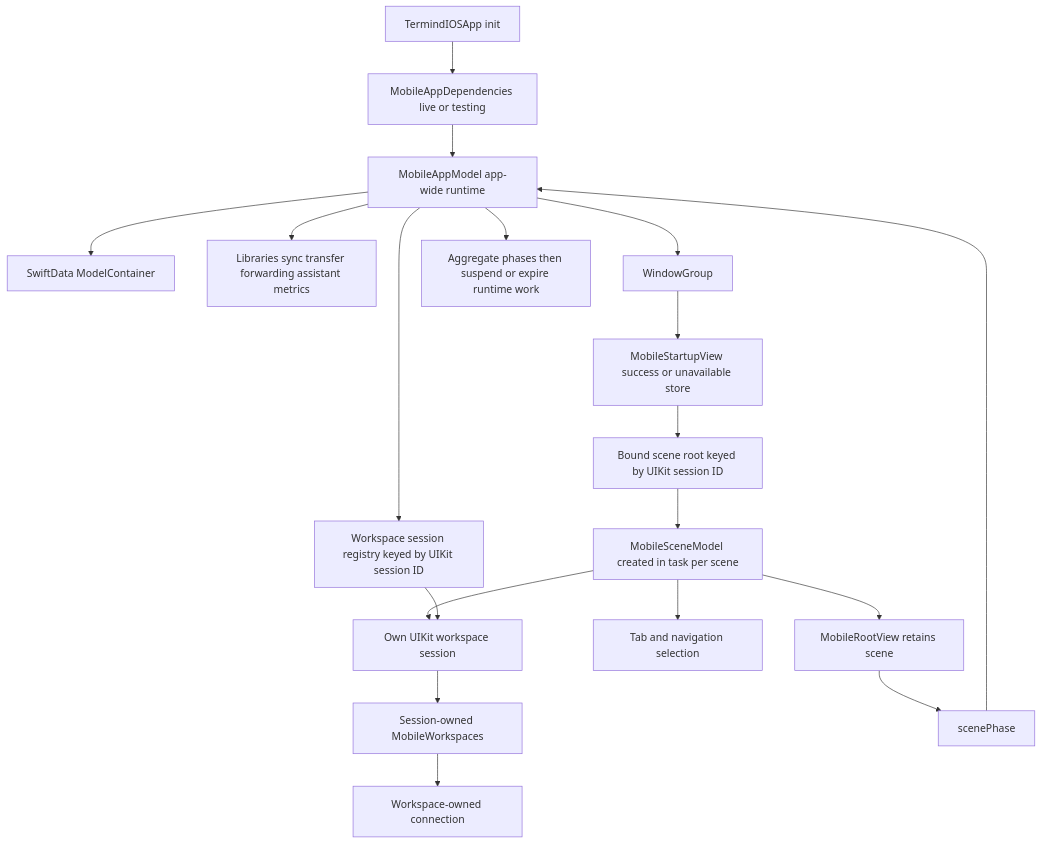
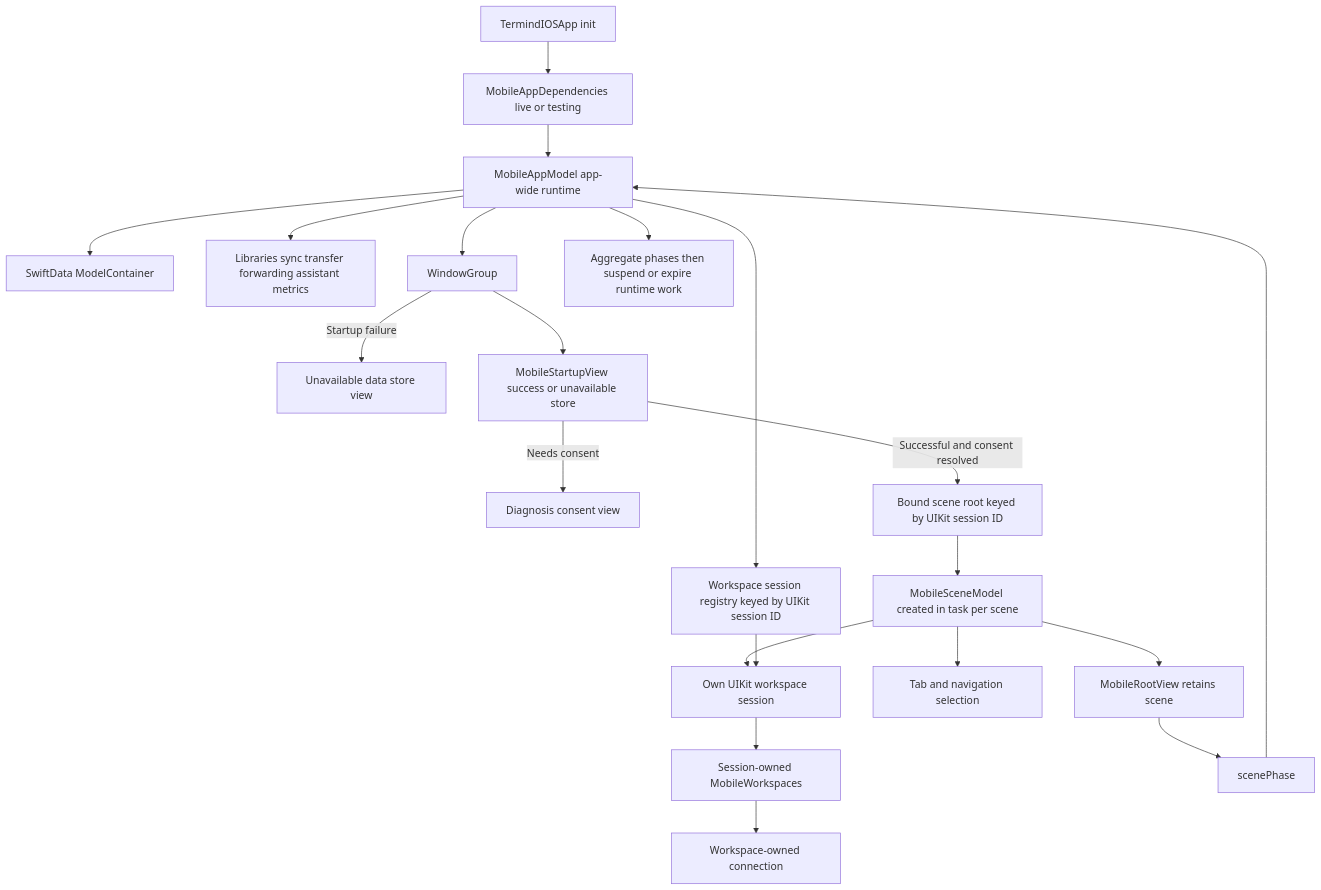
The fourth of 6 diagrams in openwiki/architecture/platform-runtime.md (AkinoKaede/Termind), drawn with Mermaid before and after one commit. The commit also changed other lines of this file and 56 other files, not shown here.

````diff
--- a/openwiki/architecture/platform-runtime.md
+++ b/openwiki/architecture/platform-runtime.md
@@ -227,21 +258,23 @@
 ```mermaid
 flowchart TD
     Launch["TermindIOSApp init"] --> Deps["MobileAppDependencies live or testing"]
     Deps --> MobileApp["MobileAppModel app-wide runtime"]
     MobileApp --> Container["SwiftData ModelContainer"]
     MobileApp --> Services["Libraries sync transfer forwarding assistant metrics"]
     MobileApp --> Sessions["Workspace session registry keyed by UIKit session ID"]
     MobileApp --> Group["WindowGroup"]
+    Group -->|"Startup failure"| Unavailable["Unavailable data store view"]
     Group --> Startup["MobileStartupView success or unavailable store"]
-    Startup --> Bound["Bound scene root keyed by UIKit session ID"]
+    Startup -->|"Needs consent"| Consent["Diagnosis consent view"]
+    Startup -->|"Successful and consent resolved"| Bound["Bound scene root keyed by UIKit session ID"]
     Bound --> Scene["MobileSceneModel created in task per scene"]
     Scene --> Root["MobileRootView retains scene"]
     Scene --> Nav["Tab and navigation selection"]
     Scene --> Owner["Own UIKit workspace session"]
     Sessions --> Owner
     Owner --> Workspace["Session-owned MobileWorkspaces"]
     Workspace --> Transport["Workspace-owned connection"]
     Root --> Phase["scenePhase"]
     Phase --> MobileApp
     MobileApp --> Background["Aggregate phases then suspend or expire runtime work"]
 ```
````
